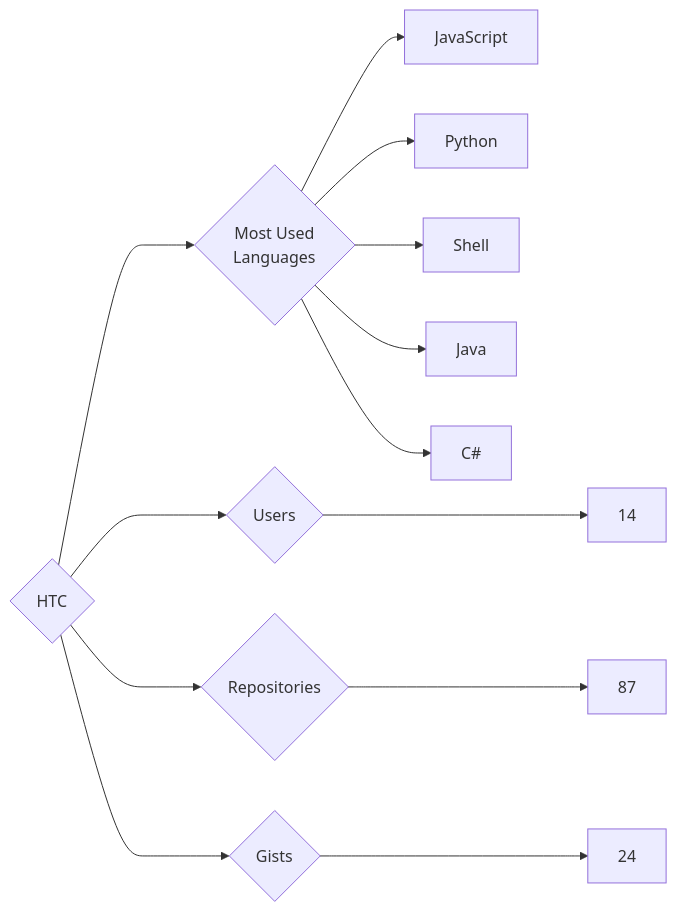
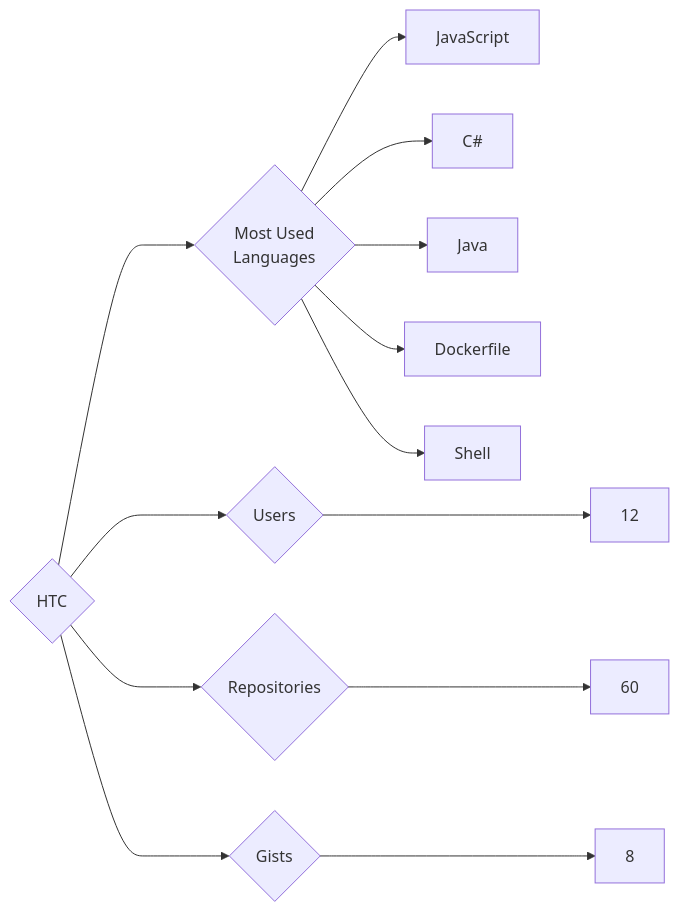
One commit to trickest/insiders changed the diagram in targets/HTC/README.md. Above: the diagram before and after it, drawn with Mermaid. The commit also changed 1084 other files, not shown here.

````diff
--- a/targets/HTC/README.md
+++ b/targets/HTC/README.md
@@ -3,13 +3,13 @@
 ```mermaid
 graph LR
 COMPANY_NAME{HTC}
-COMPANY_NAME ---> U{Users} ---> UN[14]
-COMPANY_NAME ---> R{Repositories} ---> RN[87]
-COMPANY_NAME ---> G{Gists} ---> GN[24]
+COMPANY_NAME ---> U{Users} ---> UN[12]
+COMPANY_NAME ---> R{Repositories} ---> RN[60]
+COMPANY_NAME ---> G{Gists} ---> GN[8]
 COMPANY_NAME ---> ML{Most Used<br>Languages}
 ML --> JavaScript[JavaScript]
-ML --> Python[Python]
+ML --> C#[C#]
+ML --> Java[Java]
+ML --> Dockerfile[Dockerfile]
 ML --> Shell[Shell]
-ML --> Java[Java]
-ML --> C#[C#]
 ```
````
